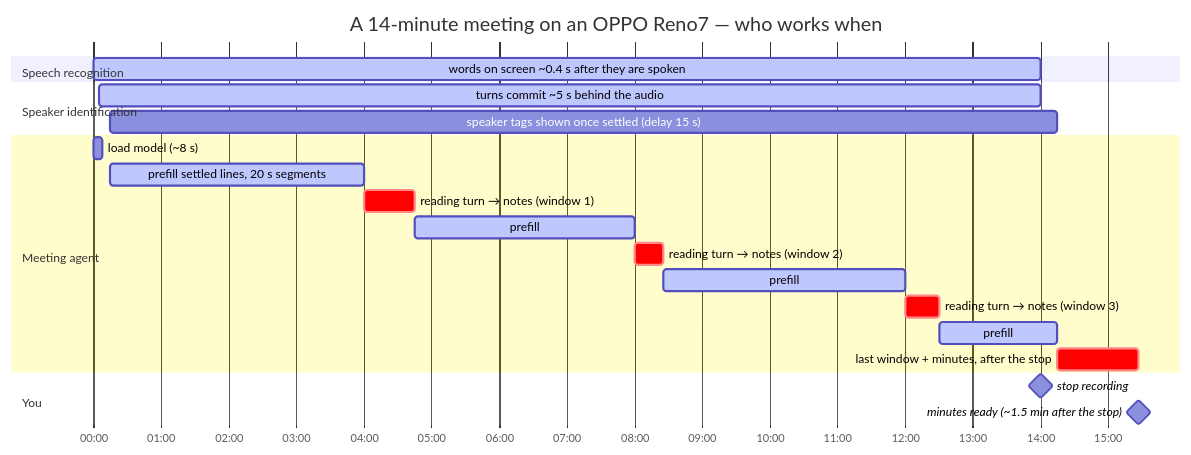
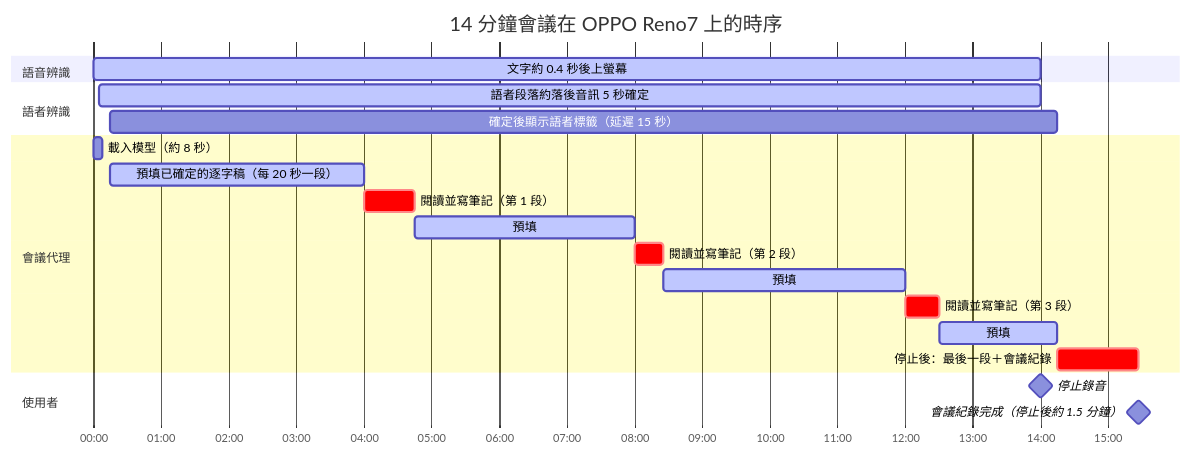
One commit to vieenrose/VoxSum changed the diagram in README.md. Above: the diagram before and after it, drawn with Mermaid. The commit also changed other lines of this file and 15 other files, not shown here.

````diff
--- a/README.md
+++ b/README.md
@@ -182,24 +135,24 @@
 ```mermaid
 gantt
-    title A 14-minute meeting on an OPPO Reno7 — who works when
+    title 14 分鐘會議在 OPPO Reno7 上的時序
     dateFormat mm:ss
     axisFormat %M:%S
-    section Speech recognition
-    words on screen ~0.4 s after they are spoken   :active, a1, 00:00, 14:00
-    section Speaker identification
-    turns commit ~5 s behind the audio             :active, d1, 00:05, 14:00
-    speaker tags shown once settled (delay 15 s)   :d2, 00:15, 14:15
-    section Meeting agent
-    load model (~8 s)                               :g0, 00:00, 00:08
-    prefill settled lines, 20 s segments           :active, g1, 00:15, 04:00
-    reading turn → notes (window 1)                :crit, g2, 04:00, 04:45
-    prefill                                        :active, g3, 04:45, 08:00
-    reading turn → notes (window 2)                :crit, g4, 08:00, 08:25
-    prefill                                        :active, g5, 08:25, 12:00
-    reading turn → notes (window 3)                :crit, g6, 12:00, 12:30
-    prefill                                        :active, g7, 12:30, 14:15
-    last window + minutes, after the stop           :crit, g8, 14:15, 15:27
-    section You
-    stop recording                                  :milestone, m1, 14:00, 0s
-    minutes ready (~1.5 min after the stop)         :milestone, m2, 15:27, 0s
+    section 語音辨識
+    文字約 0.4 秒後上螢幕                   :active, a1, 00:00, 14:00
+    section 語者辨識
+    語者段落約落後音訊 5 秒確定             :active, d1, 00:05, 14:00
+    確定後顯示語者標籤（延遲 15 秒）        :d2, 00:15, 14:15
+    section 會議代理
+    載入模型（約 8 秒）                     :g0, 00:00, 00:08
+    預填已確定的逐字稿（每 20 秒一段）      :active, g1, 00:15, 04:00
+    閱讀並寫筆記（第 1 段）                 :crit, g2, 04:00, 04:45
+    預填                                    :active, g3, 04:45, 08:00
+    閱讀並寫筆記（第 2 段）                 :crit, g4, 08:00, 08:25
+    預填                                    :active, g5, 08:25, 12:00
+    閱讀並寫筆記（第 3 段）                 :crit, g6, 12:00, 12:30
+    預填                                    :active, g7, 12:30, 14:15
+    停止後：最後一段＋會議紀錄              :crit, g8, 14:15, 15:27
+    section 使用者
+    停止錄音                                :milestone, m1, 14:00, 0s
+    會議紀錄完成（停止後約 1.5 分鐘）       :milestone, m2, 15:27, 0s
 ```
````
